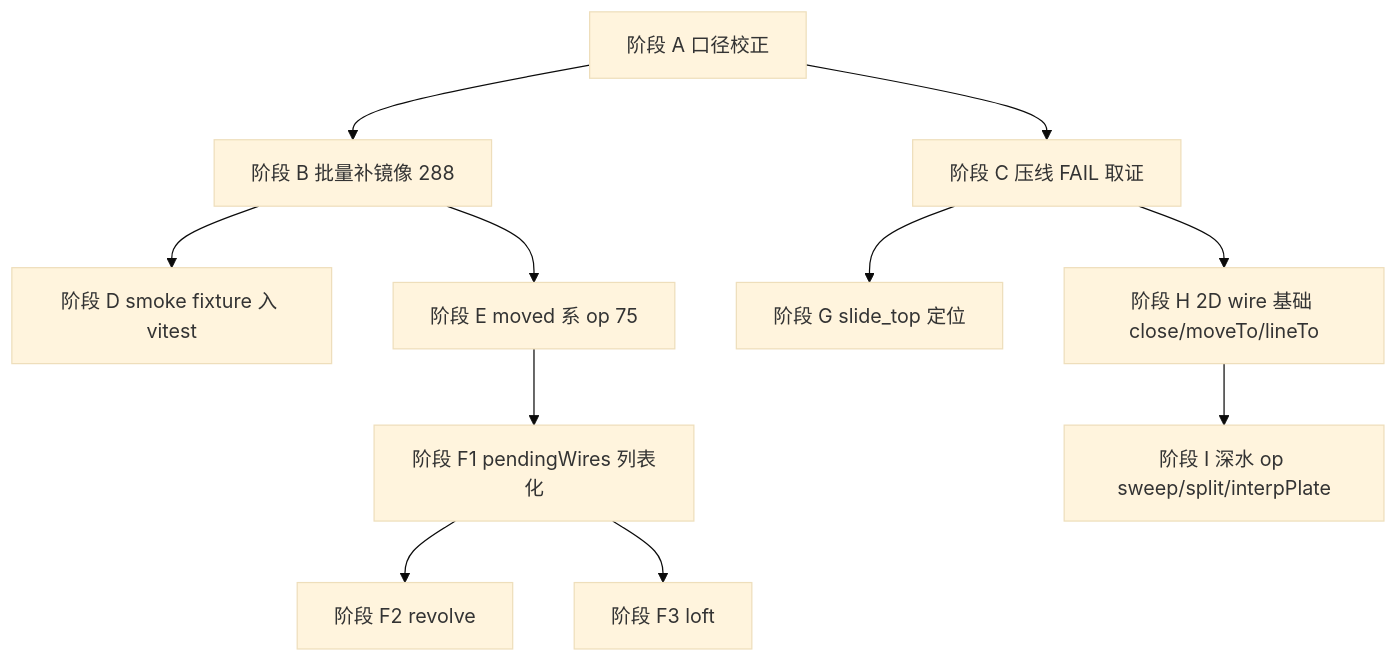
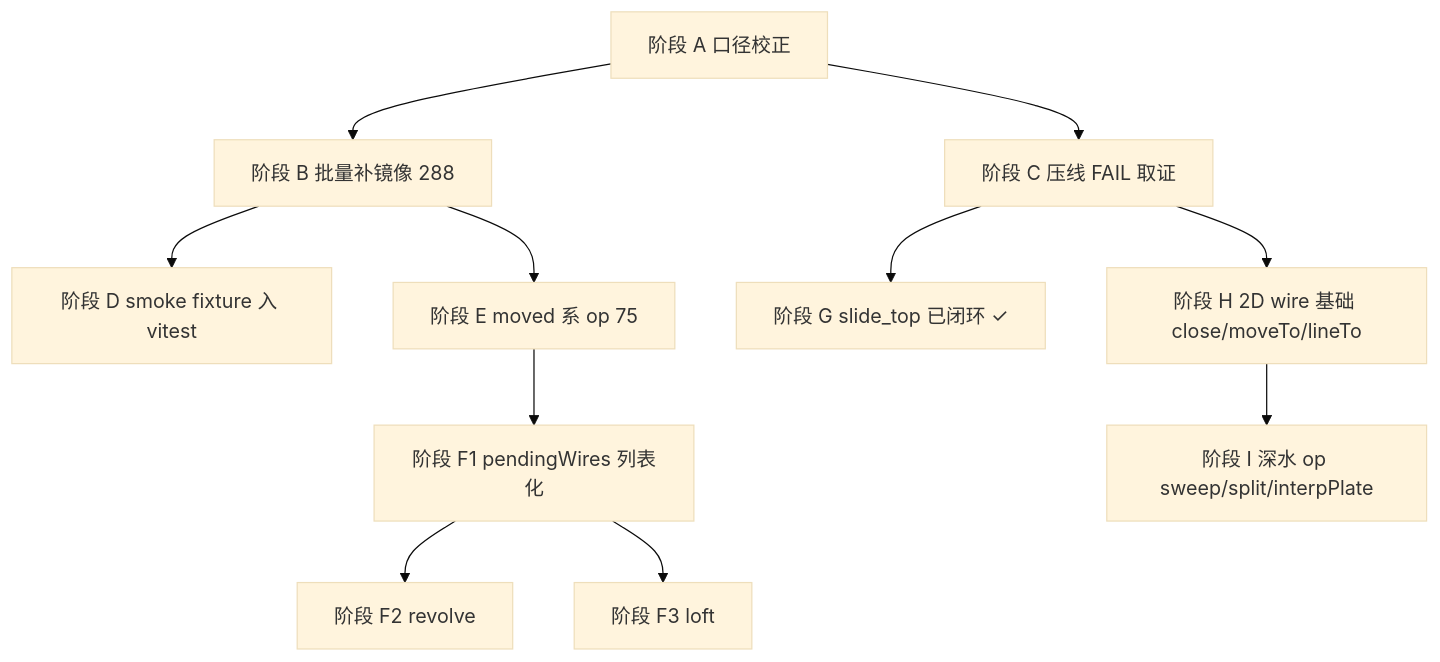
Before and after one commit to Faicad/faijs: the diagram in docs/plans/2026-09-08-cq-compat-parity-phase2.md, drawn with Mermaid (base theme). The commit also changed other lines of this file and 6 other files, not shown here.

First line of the commit message:
fix(cq-compat,mini-lathe): close slide_top 2.5% volume gap (Stage G)

````diff
--- a/docs/plans/2026-09-08-cq-compat-parity-phase2.md
+++ b/docs/plans/2026-09-08-cq-compat-parity-phase2.md
@@ -78,13 +78,13 @@
 ```mermaid
 graph TD
   A[阶段 A 口径校正] --> B[阶段 B 批量补镜像 288]
   A --> C[阶段 C 压线 FAIL 取证]
   B --> D[阶段 D smoke fixture 入 vitest]
   B --> E[阶段 E moved 系 op 75]
-  C --> F[阶段 G slide_top 定位]
+  C --> F[阶段 G slide_top 已闭环 ✓]
   E --> G[阶段 F1 pendingWires 列表化]
   G --> H[阶段 F2 revolve]
   G --> I[阶段 F3 loft]
   C --> J[阶段 H 2D wire 基础 close/moveTo/lineTo]
   J --> K[阶段 I 深水 op sweep/split/interpPlate]
 ```
````
